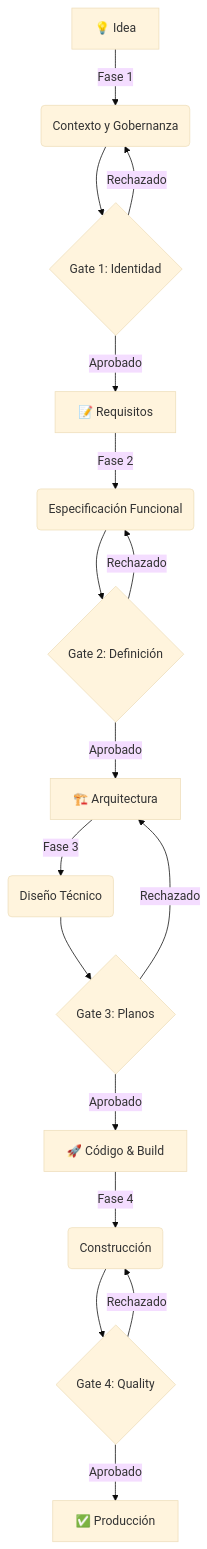
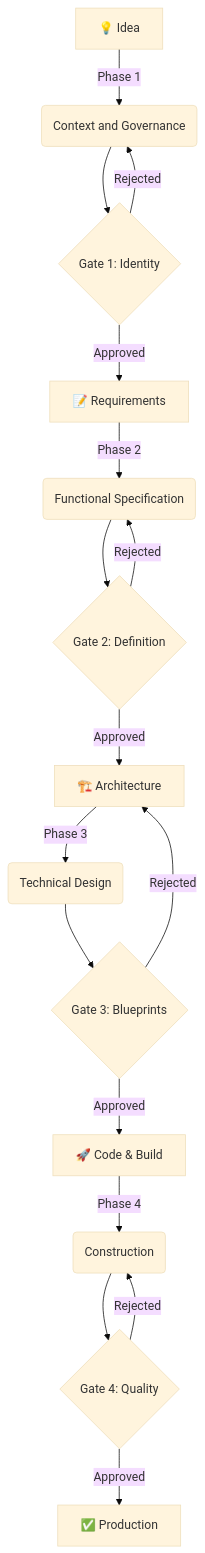
Before and after one commit to Pitcher755/soft-architect-ai: the diagram in packages/knowledge_base/00-META/MASTER_WORKFLOW_HUMAN.md, drawn with Mermaid (base theme). The commit also changed other lines of this file and 2 other files, not shown here.

````diff
--- a/packages/knowledge_base/00-META/MASTER_WORKFLOW_HUMAN.md
+++ b/packages/knowledge_base/00-META/MASTER_WORKFLOW_HUMAN.md
@@ -5,22 +5,22 @@
 ```mermaid
 graph TD
-    A[💡 Idea] -->|Fase 1| B(Contexto y Gobernanza)
-    B --> C{Gate 1: Identidad}
-    C -->|Aprobado| D[📝 Requisitos]
-    C -->|Rechazado| B
+    A[💡 Idea] -->|Phase 1| B(Context and Governance)
+    B --> C{Gate 1: Identity}
+    C -->|Approved| D[📝 Requirements]
+    C -->|Rejected| B
 
-    D -->|Fase 2| E(Especificación Funcional)
-    E --> F{Gate 2: Definición}
-    F -->|Aprobado| G[🏗️ Arquitectura]
-    F -->|Rechazado| E
+    D -->|Phase 2| E(Functional Specification)
+    E --> F{Gate 2: Definition}
+    F -->|Approved| G[🏗️ Architecture]
+    F -->|Rejected| E
 
-    G -->|Fase 3| H(Diseño Técnico)
-    H --> I{Gate 3: Planos}
-    I -->|Aprobado| J[🚀 Código & Build]
-    I -->|Rechazado| G
+    G -->|Phase 3| H(Technical Design)
+    H --> I{Gate 3: Blueprints}
+    I -->|Approved| J[🚀 Code & Build]
+    I -->|Rejected| G
 
-    J -->|Fase 4| K(Construcción)
+    J -->|Phase 4| K(Construction)
     K --> L{Gate 4: Quality}
-    L -->|Aprobado| M[✅ Producción]
-    L -->|Rechazado| K
+    L -->|Approved| M[✅ Production]
+    L -->|Rejected| K
 ```
````
